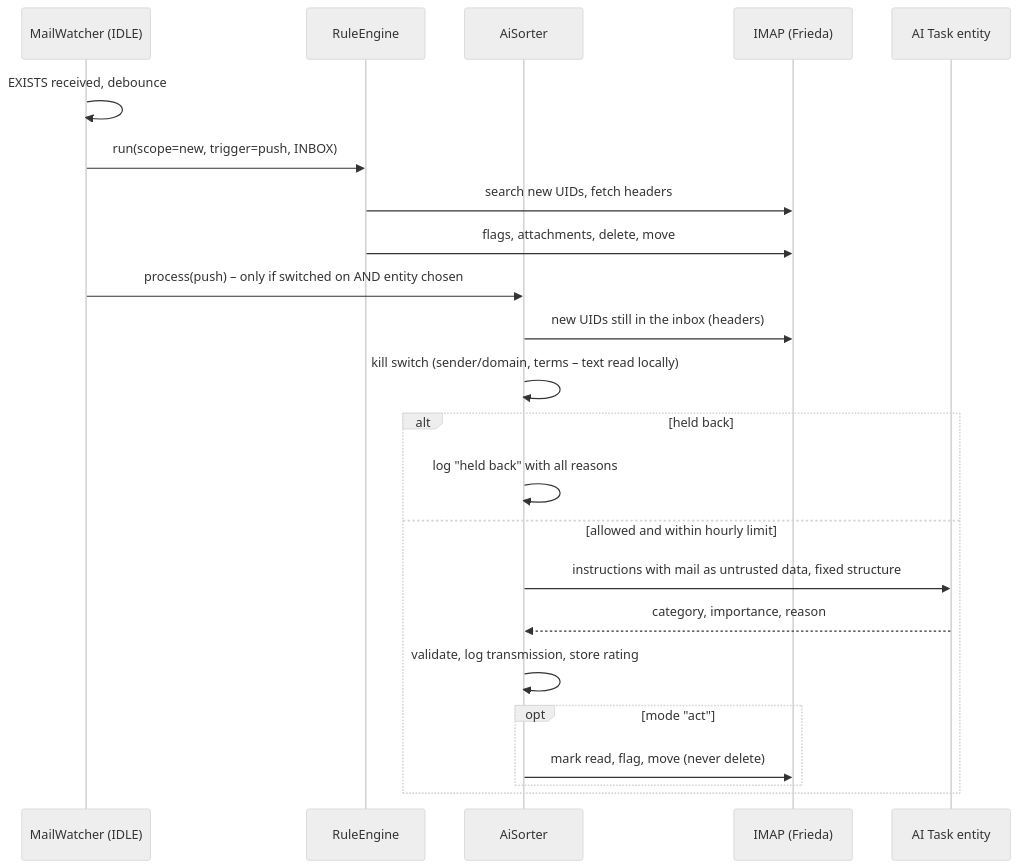
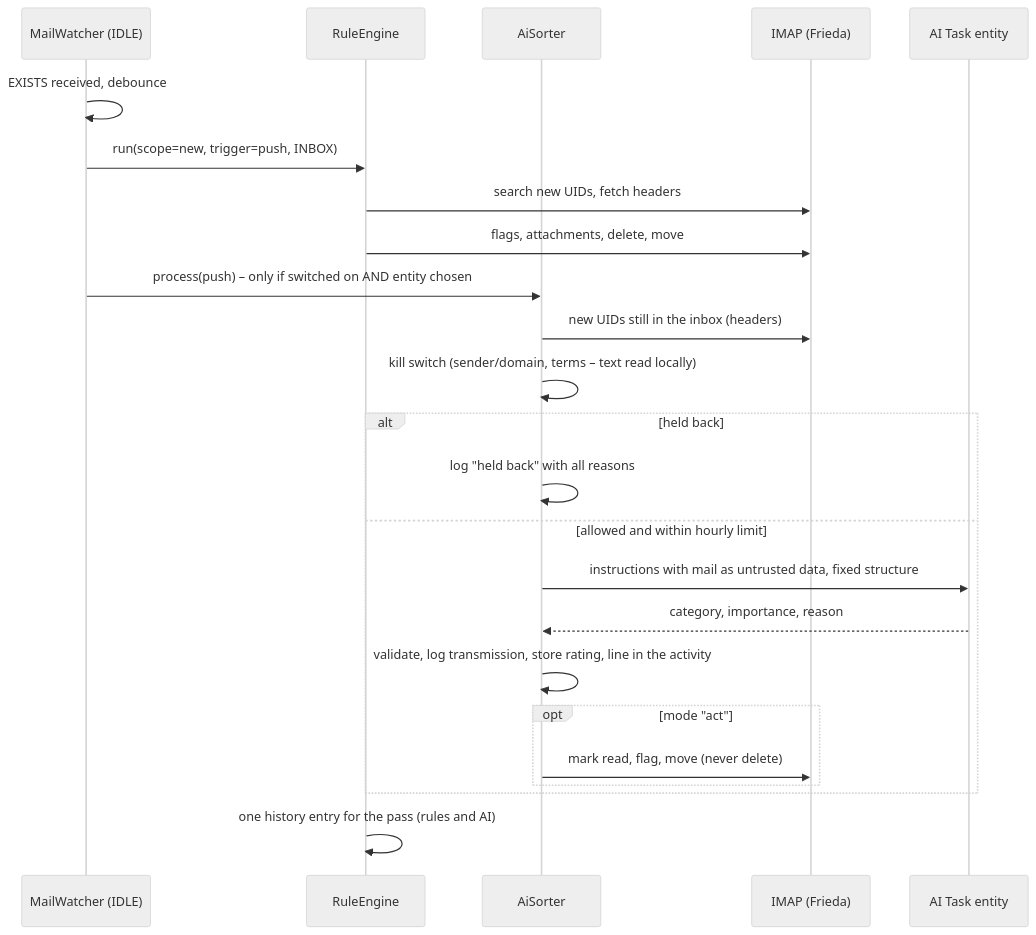
Before and after one commit to nadeo360/friedafetch: the fourth of 7 diagrams in docs/architecture.md, drawn with Mermaid (neutral theme). The commit also changed other lines of this file and 1 other file, not shown here.

````diff
--- a/docs/architecture.md
+++ b/docs/architecture.md
@@ -251,25 +268,26 @@
 ```mermaid
 sequenceDiagram
   participant W as MailWatcher (IDLE)
   participant R as RuleEngine
   participant S as AiSorter
   participant M as IMAP (Frieda)
   participant K as AI Task entity
   W->>W: EXISTS received, debounce
   W->>R: run(scope=new, trigger=push, INBOX)
   R->>M: search new UIDs, fetch headers
   R->>M: flags, attachments, delete, move
   W->>S: process(push) – only if switched on AND entity chosen
   S->>M: new UIDs still in the inbox (headers)
   S->>S: kill switch (sender/domain, terms – text read locally)
   alt held back
     S->>S: log "held back" with all reasons
   else allowed and within hourly limit
     S->>K: instructions with mail as untrusted data, fixed structure
     K-->>S: category, importance, reason
-    S->>S: validate, log transmission, store rating
+    S->>S: validate, log transmission, store rating, line in the activity
     opt mode "act"
       S->>M: mark read, flag, move (never delete)
     end
   end
+  R->>R: one history entry for the pass (rules and AI)
 ```
````
